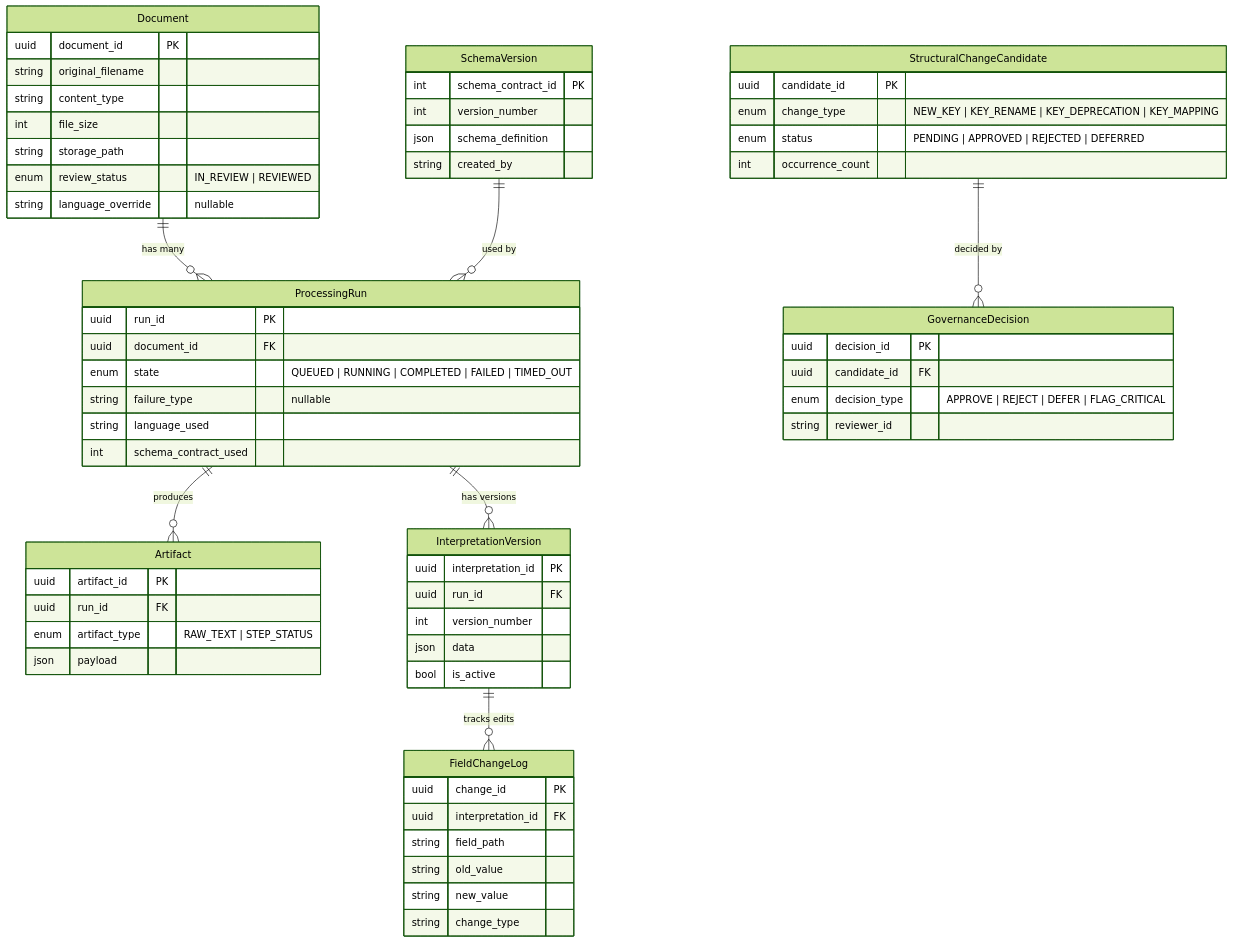
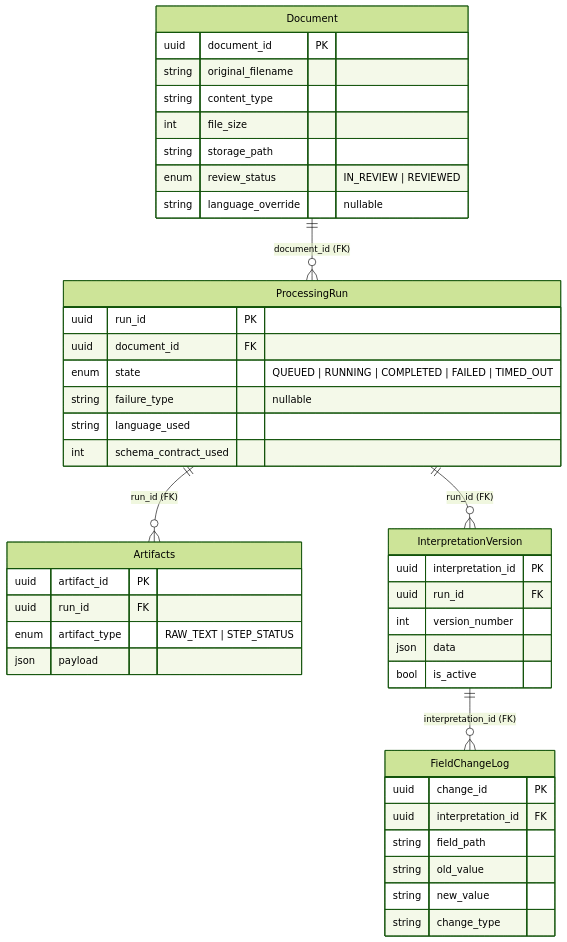
Before and after one commit to isilionisilme/veterinary-medical-records: the sixth of 6 diagrams in docs/projects/veterinary-medical-records/02-tech/technical-design.md, drawn with Mermaid (forest theme). The commit also changed 3 other files, not shown here.

Commit message:
docs: ARCH 9 add ER diagram to technical design

````diff
--- a/docs/projects/veterinary-medical-records/02-tech/technical-design.md
+++ b/docs/projects/veterinary-medical-records/02-tech/technical-design.md
@@ -1144,66 +1144,46 @@
 ```mermaid
 erDiagram
-    Document ||--o{ ProcessingRun : "has many"
-    ProcessingRun ||--o{ Artifact : "produces"
-    ProcessingRun ||--o{ InterpretationVersion : "has versions"
-    InterpretationVersion ||--o{ FieldChangeLog : "tracks edits"
-    SchemaVersion ||--o{ ProcessingRun : "used by"
-    StructuralChangeCandidate ||--o{ GovernanceDecision : "decided by"
+    Document ||--o{ ProcessingRun : "document_id (FK)"
+    ProcessingRun ||--o{ Artifacts : "run_id (FK)"
+    ProcessingRun ||--o{ InterpretationVersion : "run_id (FK)"
+    InterpretationVersion ||--o{ FieldChangeLog : "interpretation_id (FK)"
 
     Document {
         uuid document_id PK
         string original_filename
         string content_type
         int file_size
         string storage_path
         enum review_status "IN_REVIEW | REVIEWED"
         string language_override "nullable"
     }
     ProcessingRun {
         uuid run_id PK
         uuid document_id FK
         enum state "QUEUED | RUNNING | COMPLETED | FAILED | TIMED_OUT"
         string failure_type "nullable"
         string language_used
         int schema_contract_used
     }
-    Artifact {
+    Artifacts {
         uuid artifact_id PK
         uuid run_id FK
         enum artifact_type "RAW_TEXT | STEP_STATUS"
         json payload
     }
     InterpretationVersion {
         uuid interpretation_id PK
         uuid run_id FK
         int version_number
         json data
         bool is_active
     }
     FieldChangeLog {
         uuid change_id PK
         uuid interpretation_id FK
         string field_path
         string old_value
         string new_value
         string change_type
     }
-    SchemaVersion {
-        int schema_contract_id PK
-        int version_number
-        json schema_definition
-        string created_by
-    }
-    StructuralChangeCandidate {
-        uuid candidate_id PK
-        enum change_type "NEW_KEY | KEY_RENAME | KEY_DEPRECATION | KEY_MAPPING"
-        enum status "PENDING | APPROVED | REJECTED | DEFERRED"
-        int occurrence_count
-    }
-    GovernanceDecision {
-        uuid decision_id PK
-        uuid candidate_id FK
-        enum decision_type "APPROVE | REJECT | DEFER | FLAG_CRITICAL"
-        string reviewer_id
-    }
 ```
````
